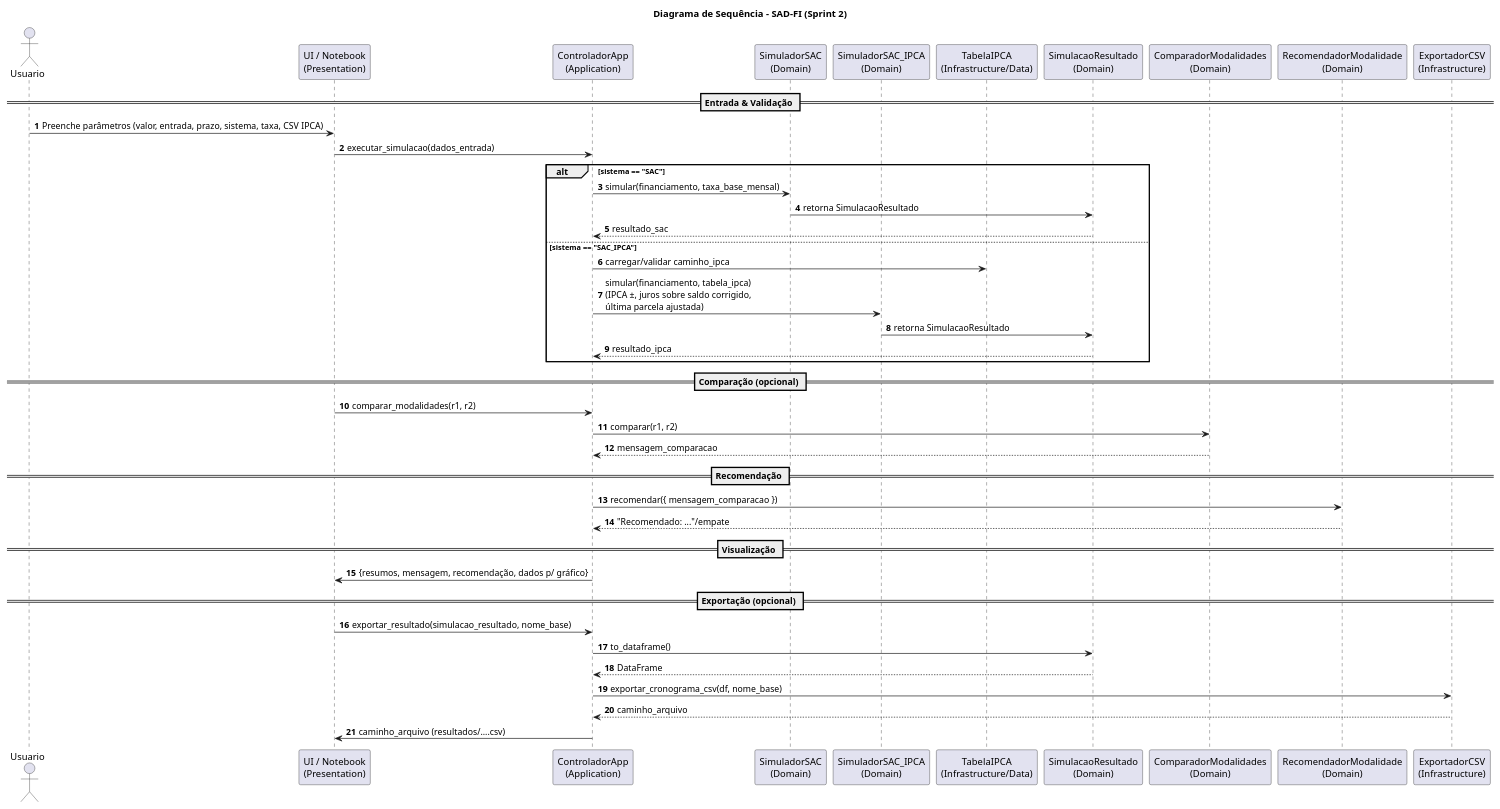
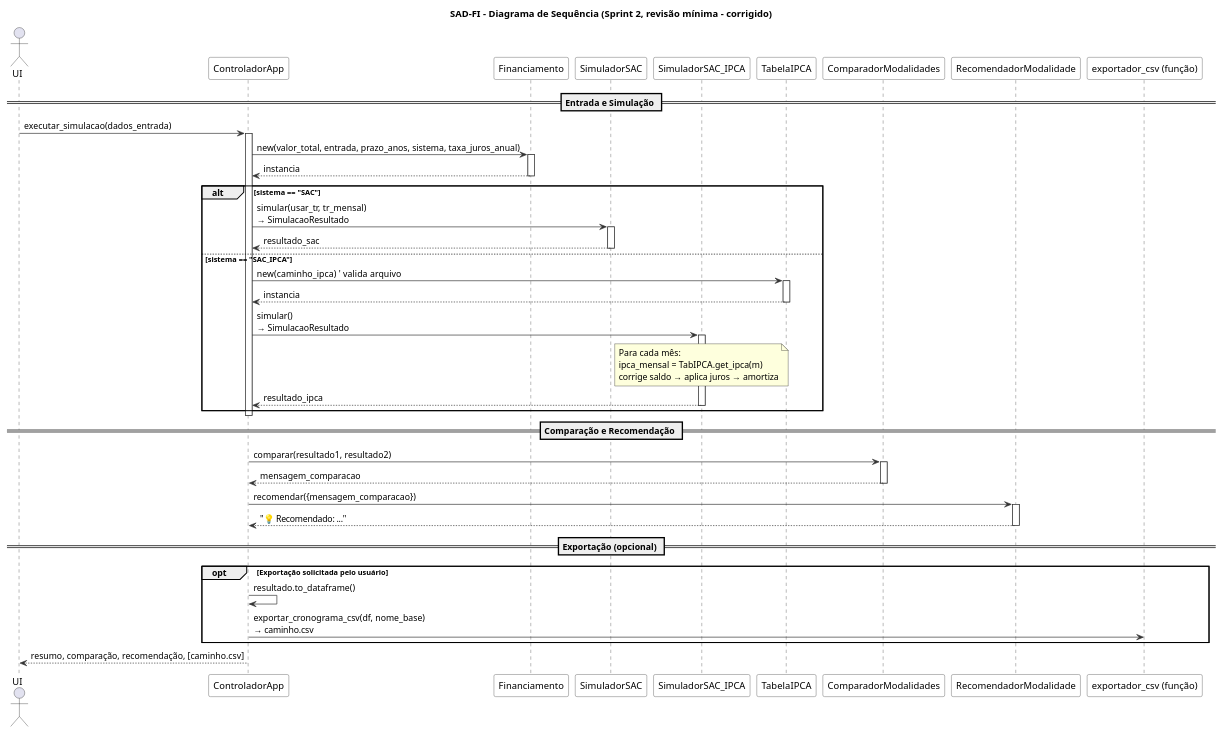
One commit to edinaldormj/SAD-FI changed the diagram in docs/sequencia.puml. Above: the diagram before and after it, drawn with PlantUML. The commit also changed other lines of this file and 9 other files, not shown here.

```diff
--- a/docs/sequencia.puml
+++ b/docs/sequencia.puml
@@ -1,54 +2,78 @@
-@startuml Sequencia_SADFI_Sprint2
-title Diagrama de Sequência – SAD-FI (Sprint 2)
+@startuml SADFI_Sequencia_Sprint2_Rev_Fix
 
-skinparam defaultFontName "Arial"
+title SAD-FI – Diagrama de Sequência (Sprint 2, revisão mínima – corrigido)
+
+skinparam defaultFontName Arial
 skinparam shadowing false
-autonumber
+skinparam sequence {
+  ArrowColor #333333
+  LifeLineBorderColor #333333
+  LifeLineBackgroundColor #FFFFFF
+  ParticipantBorderColor #333333
+  ParticipantBackgroundColor #FFFFFF
+  BoxBorderColor #999999
+  BoxBackgroundColor #F9F9F9
+}
 
-actor Usuario
-participant "UI / Notebook\n(Presentation)" as UI
-participant "ControladorApp\n(Application)" as Ctrl
-participant "SimuladorSAC\n(Domain)" as SimSAC
-participant "SimuladorSAC_IPCA\n(Domain)" as SimIPCA
-participant "TabelaIPCA\n(Infrastructure/Data)" as Tabela
-participant "SimulacaoResultado\n(Domain)" as Resultado
-participant "ComparadorModalidades\n(Domain)" as Comp
-participant "RecomendadorModalidade\n(Domain)" as Rec
-participant "ExportadorCSV\n(Infrastructure)" as CSV
+actor UI as UI
+participant "ControladorApp" as Ctrl
+participant "Financiamento" as Fin
+participant "SimuladorSAC" as SimSAC
+participant "SimuladorSAC_IPCA" as SimIPCA
+participant "TabelaIPCA" as TabIPCA
+participant "ComparadorModalidades" as Comp
+participant "RecomendadorModalidade" as Rec
+participant "exportador_csv (função)" as ExpCSV
 
-== Entrada & Validação ==
-Usuario -> UI : Preenche parâmetros (valor, entrada, prazo, sistema, taxa, CSV IPCA)
-UI -> Ctrl : executar_simulacao(dados_entrada)
+== Entrada e Simulação ==
+UI -> Ctrl: executar_simulacao(dados_entrada)
+activate Ctrl
+Ctrl -> Fin: new(valor_total, entrada, prazo_anos, sistema, taxa_juros_anual)
+activate Fin
+Fin --> Ctrl: instancia
+deactivate Fin
 
 alt sistema == "SAC"
-  Ctrl -> SimSAC : simular(financiamento, taxa_base_mensal)
-  SimSAC -> Resultado : retorna SimulacaoResultado
-  Ctrl <-- Resultado : resultado_sac
+  Ctrl -> SimSAC: simular(usar_tr, tr_mensal)\n→ SimulacaoResultado
+  activate SimSAC
+  SimSAC --> Ctrl: resultado_sac
+  deactivate SimSAC
 else sistema == "SAC_IPCA"
-  Ctrl -> Tabela : carregar/validar caminho_ipca
-  Ctrl -> SimIPCA : simular(financiamento, tabela_ipca)\n(IPCA ±, juros sobre saldo corrigido,\núltima parcela ajustada)
-  SimIPCA -> Resultado : retorna SimulacaoResultado
-  Ctrl <-- Resultado : resultado_ipca
+  Ctrl -> TabIPCA: new(caminho_ipca)  ' valida arquivo
+  activate TabIPCA
+  TabIPCA --> Ctrl: instancia
+  deactivate TabIPCA
+
+  Ctrl -> SimIPCA: simular()\n→ SimulacaoResultado
+  activate SimIPCA
+  note over SimIPCA
+    Para cada mês:
+    ipca_mensal = TabIPCA.get_ipca(m)
+    corrige saldo → aplica juros → amortiza
+  end note
+  SimIPCA --> Ctrl: resultado_ipca
+  deactivate SimIPCA
 end
 
-== Comparação (opcional) ==
-UI -> Ctrl : comparar_modalidades(r1, r2)
-Ctrl -> Comp : comparar(r1, r2)
-Comp --> Ctrl : mensagem_comparacao
+deactivate Ctrl
 
-== Recomendação ==
-Ctrl -> Rec : recomendar({ mensagem_comparacao })
-Rec --> Ctrl : "Recomendado: ..."/empate
+== Comparação e Recomendação ==
+Ctrl -> Comp: comparar(resultado1, resultado2)
+activate Comp
+Comp --> Ctrl: mensagem_comparacao
+deactivate Comp
 
-== Visualização ==
-Ctrl -> UI : {resumos, mensagem, recomendação, dados p/ gráfico}
+Ctrl -> Rec: recomendar({mensagem_comparacao})
+activate Rec
+Rec --> Ctrl: "💡 Recomendado: ..."
+deactivate Rec
 
 == Exportação (opcional) ==
-UI -> Ctrl : exportar_resultado(simulacao_resultado, nome_base)
-Ctrl -> Resultado : to_dataframe()
-Resultado --> Ctrl : DataFrame
-Ctrl -> CSV : exportar_cronograma_csv(df, nome_base)
-CSV --> Ctrl : caminho_arquivo
-Ctrl -> UI : caminho_arquivo (resultados/....csv)
+opt Exportação solicitada pelo usuário
+  Ctrl -> Ctrl: resultado.to_dataframe()
+  Ctrl -> ExpCSV: exportar_cronograma_csv(df, nome_base)\n→ caminho.csv
+end
+
+UI <-- Ctrl: resumo, comparação, recomendação, [caminho.csv]
 
 @enduml
```
